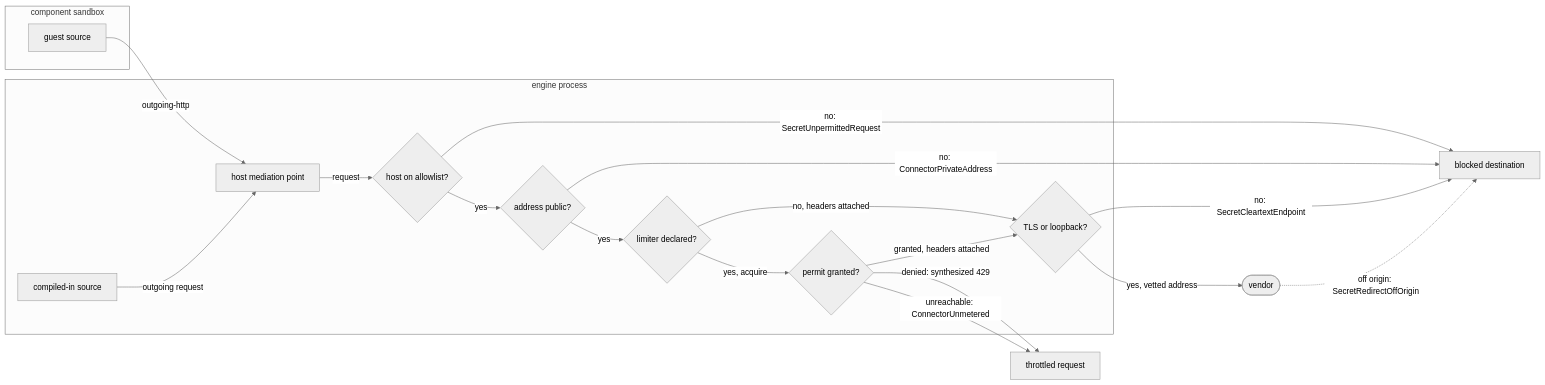
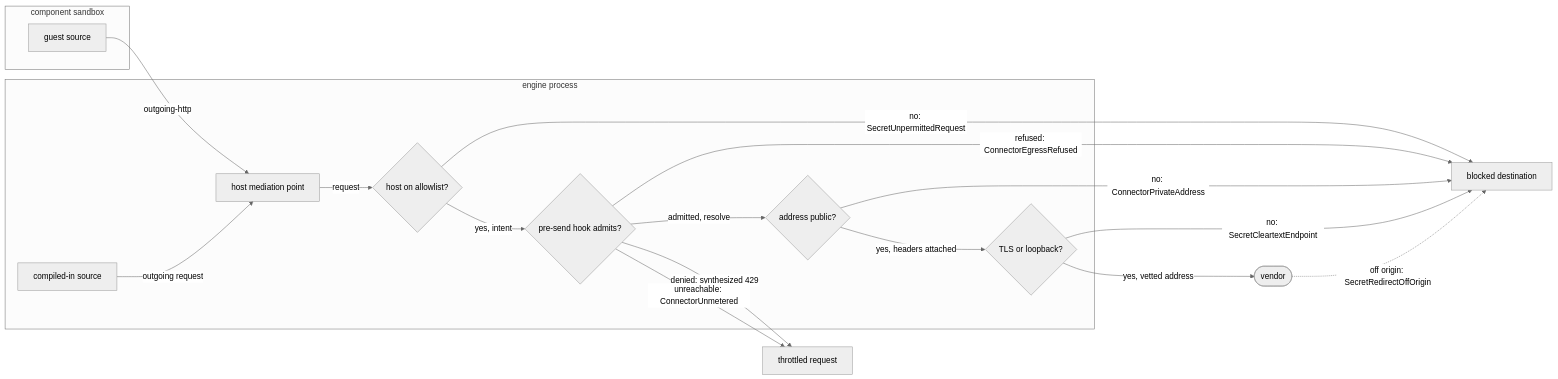
The fifth of 5 diagrams in spec/40-connector.md (fractalboxdev/contextful), drawn with Mermaid (neutral theme) before and after one commit. The commit also changed other lines of this file and 5 other files, not shown here.

First line of the commit message:
spec: egress passes one transport port and one pre-send hook ahead of resolution

````diff
--- a/spec/40-connector.md
+++ b/spec/40-connector.md
@@ -478,33 +490,31 @@
 ```mermaid
 flowchart LR
   subgraph SANDBOX["component sandbox"]
     G["guest source"]
   end
   subgraph ENGINE["engine process"]
     N["compiled-in source"]
     M["host mediation point"]
     A{"host on allowlist?"}
+    HK{"pre-send hook admits?"}
     D{"address public?"}
-    L{"limiter declared?"}
-    Q{"permit granted?"}
     S{"TLS or loopback?"}
   end
   V(["vendor"])
   BLOCK["blocked destination"]
   THROTTLE["throttled request"]
   G -->|"outgoing-http"| M
   N -->|"outgoing request"| M
   M -->|"request"| A
   A -->|"no: SecretUnpermittedRequest"| BLOCK
-  A -->|"yes"| D
+  A -->|"yes, intent"| HK
+  HK -->|"refused: ConnectorEgressRefused"| BLOCK
+  HK -->|"denied: synthesized 429"| THROTTLE
+  HK -->|"unreachable: ConnectorUnmetered"| THROTTLE
+  HK -->|"admitted, resolve"| D
   D -->|"no: ConnectorPrivateAddress"| BLOCK
-  D -->|"yes"| L
-  L -->|"no, headers attached"| S
-  L -->|"yes, acquire"| Q
-  Q -->|"denied: synthesized 429"| THROTTLE
-  Q -->|"unreachable: ConnectorUnmetered"| THROTTLE
-  Q -->|"granted, headers attached"| S
+  D -->|"yes, headers attached"| S
   S -->|"no: SecretCleartextEndpoint"| BLOCK
   S -->|"yes, vetted address"| V
   V -.->|"off origin: SecretRedirectOffOrigin"| BLOCK
 ```
````
